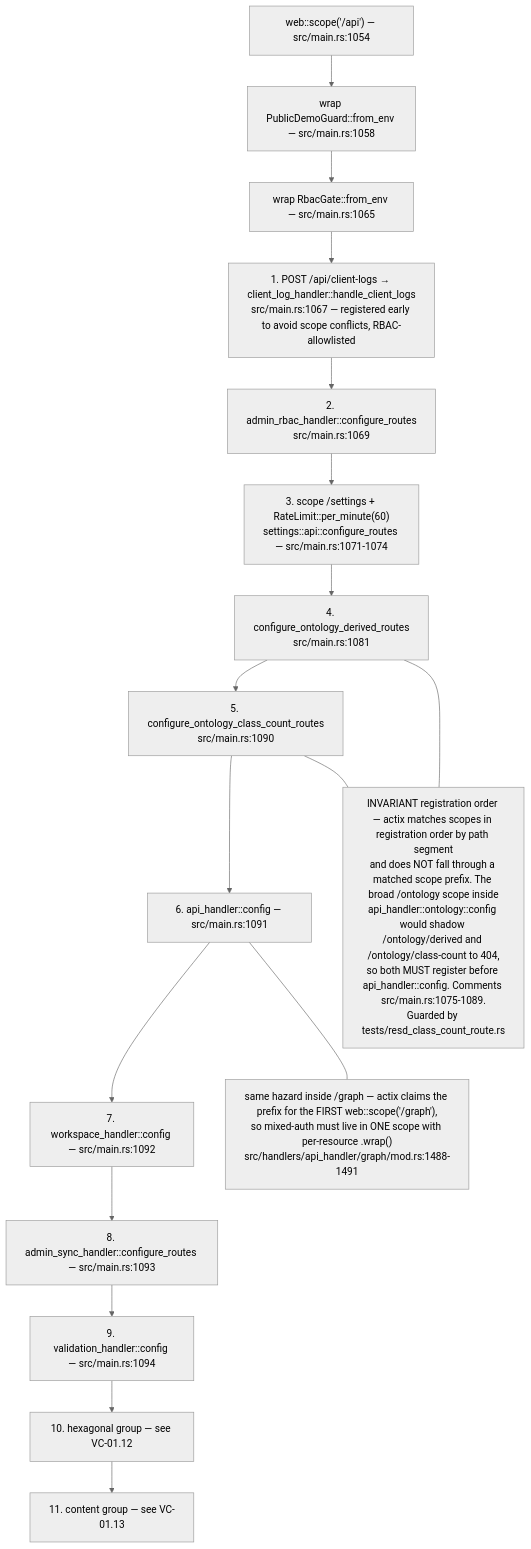
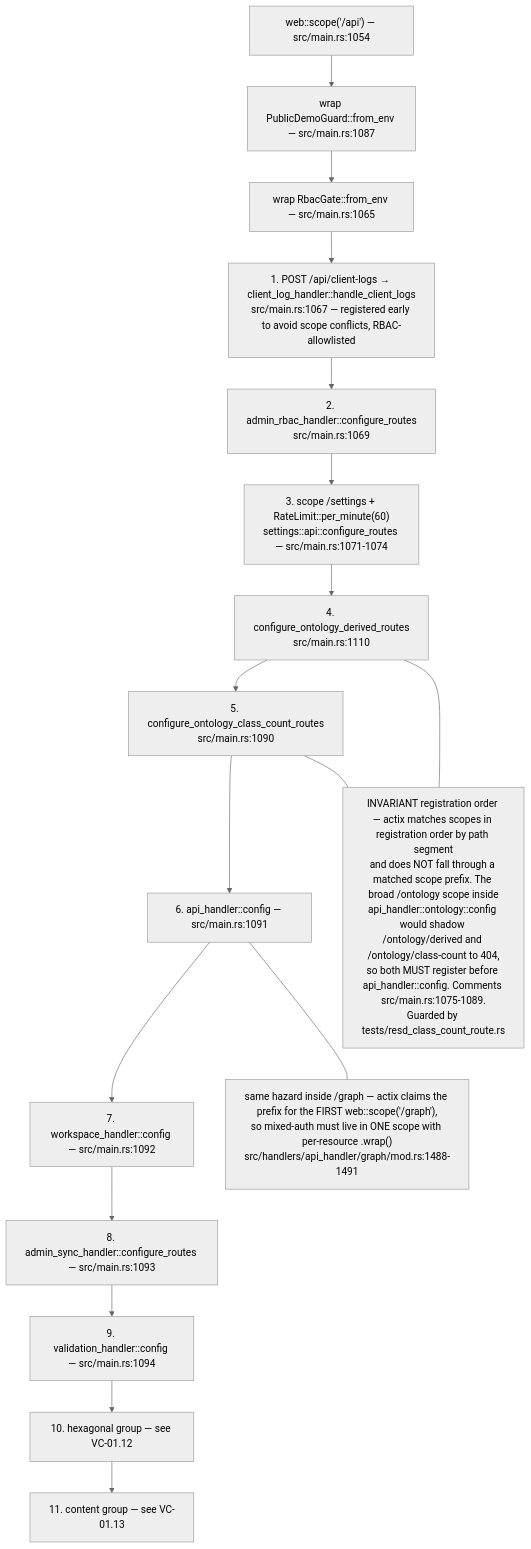
Before and after one commit to DreamLab-AI/VisionFlow: the tenth of 15 diagrams in docs/diagrams/visionclaw/01-boot-and-app-state.md, drawn with Mermaid (neutral theme). The commit also changed other lines of this file and 51 other files, not shown here.

First line of the commit message:
docs(diagrams): agentbox AB-01..13 re-attested anchor by anchor (980 anchors, 22 defects); checkpoint against an out-of-mesh writer

````diff
--- a/docs/diagrams/visionclaw/01-boot-and-app-state.md
+++ b/docs/diagrams/visionclaw/01-boot-and-app-state.md
@@ -412,22 +412,22 @@
 ```mermaid
 flowchart TB
     S["web::scope('/api') — src/main.rs:1054"]
-    S --> G1["wrap PublicDemoGuard::from_env — src/main.rs:1058"]
+    S --> G1["wrap PublicDemoGuard::from_env — src/main.rs:1087"]
     G1 --> G2["wrap RbacGate::from_env — src/main.rs:1065"]
     G2 --> R1["1. POST /api/client-logs → client_log_handler::handle_client_logs<br/>src/main.rs:1067 — registered early to avoid scope conflicts, RBAC-allowlisted"]
     R1 --> R2["2. admin_rbac_handler::configure_routes<br/>src/main.rs:1069"]
     R2 --> R3["3. scope /settings + RateLimit::per_minute(60)<br/>settings::api::configure_routes — src/main.rs:1071-1074"]
-    R3 --> R4["4. configure_ontology_derived_routes<br/>src/main.rs:1081"]
+    R3 --> R4["4. configure_ontology_derived_routes<br/>src/main.rs:1110"]
     R4 --> R5["5. configure_ontology_class_count_routes<br/>src/main.rs:1090"]
     R5 --> R6["6. api_handler::config — src/main.rs:1091"]
     R6 --> R7["7. workspace_handler::config — src/main.rs:1092"]
     R7 --> R8["8. admin_sync_handler::configure_routes — src/main.rs:1093"]
     R8 --> R9["9. validation_handler::config — src/main.rs:1094"]
     R9 --> R10["10. hexagonal group — see VC-01.12"]
     R10 --> R11["11. content group — see VC-01.13"]
     ORD["INVARIANT registration order — actix matches scopes in registration order by path segment<br/>and does NOT fall through a matched scope prefix. The broad /ontology scope inside<br/>api_handler::ontology::config would shadow /ontology/derived and /ontology/class-count to 404,<br/>so both MUST register before api_handler::config. Comments src/main.rs:1075-1089.<br/>Guarded by tests/resd_class_count_route.rs"]
     R4 --- ORD
     R5 --- ORD
     ORD2["same hazard inside /graph — actix claims the prefix for the FIRST web::scope('/graph'),<br/>so mixed-auth must live in ONE scope with per-resource .wrap()<br/>src/handlers/api_handler/graph/mod.rs:1488-1491"]
     R6 --- ORD2
 ```
````
